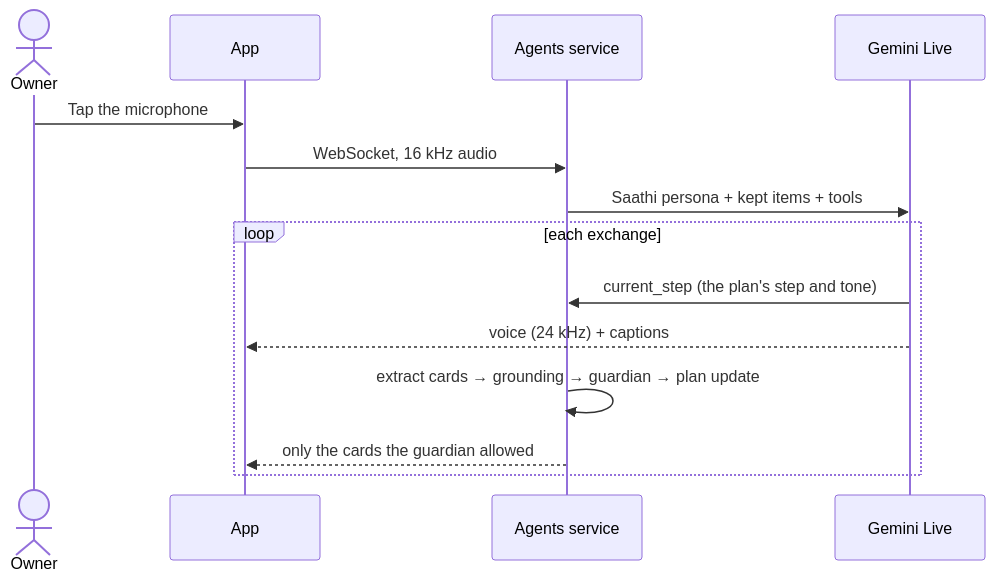
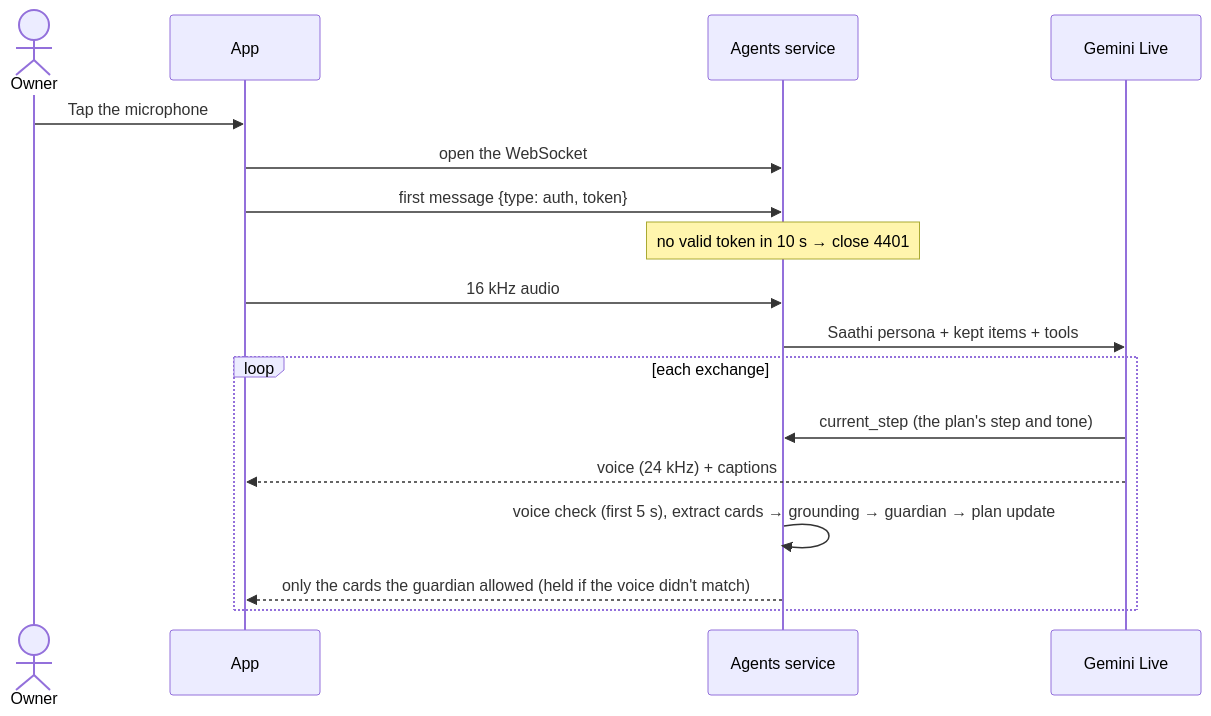
Before and after one commit to sachiachar/anvaya: the third of 6 diagrams in docs/architecture.md, drawn with Mermaid. The commit also changed other lines of this file and 5 other files, not shown here.

````diff
--- a/docs/architecture.md
+++ b/docs/architecture.md
@@ -165,16 +171,19 @@
 ```mermaid
 sequenceDiagram
     actor Owner
     participant App
     participant API as Agents service
     participant Live as Gemini Live
     Owner->>App: Tap the microphone
-    App->>API: WebSocket, 16 kHz audio
+    App->>API: open the WebSocket
+    App->>API: first message {type: auth, token}
+    Note over API: no valid token in 10 s → close 4401
+    App->>API: 16 kHz audio
     API->>Live: Saathi persona + kept items + tools
     loop each exchange
         Live->>API: current_step (the plan's step and tone)
         Live-->>App: voice (24 kHz) + captions
-        API->>API: extract cards → grounding → guardian → plan update
-        API-->>App: only the cards the guardian allowed
+        API->>API: voice check (first 5 s), extract cards → grounding → guardian → plan update
+        API-->>App: only the cards the guardian allowed (held if the voice didn't match)
     end
 ```
````
